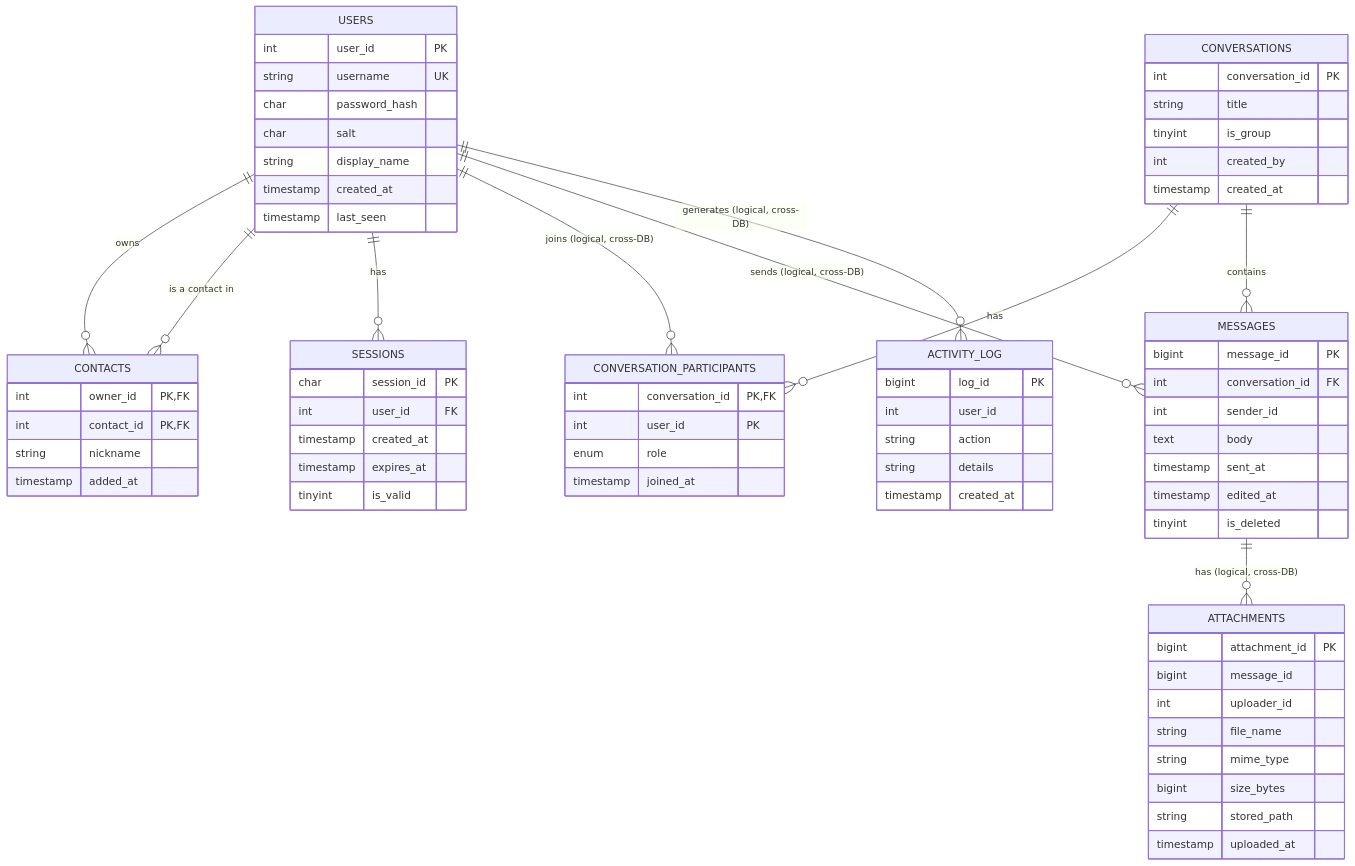
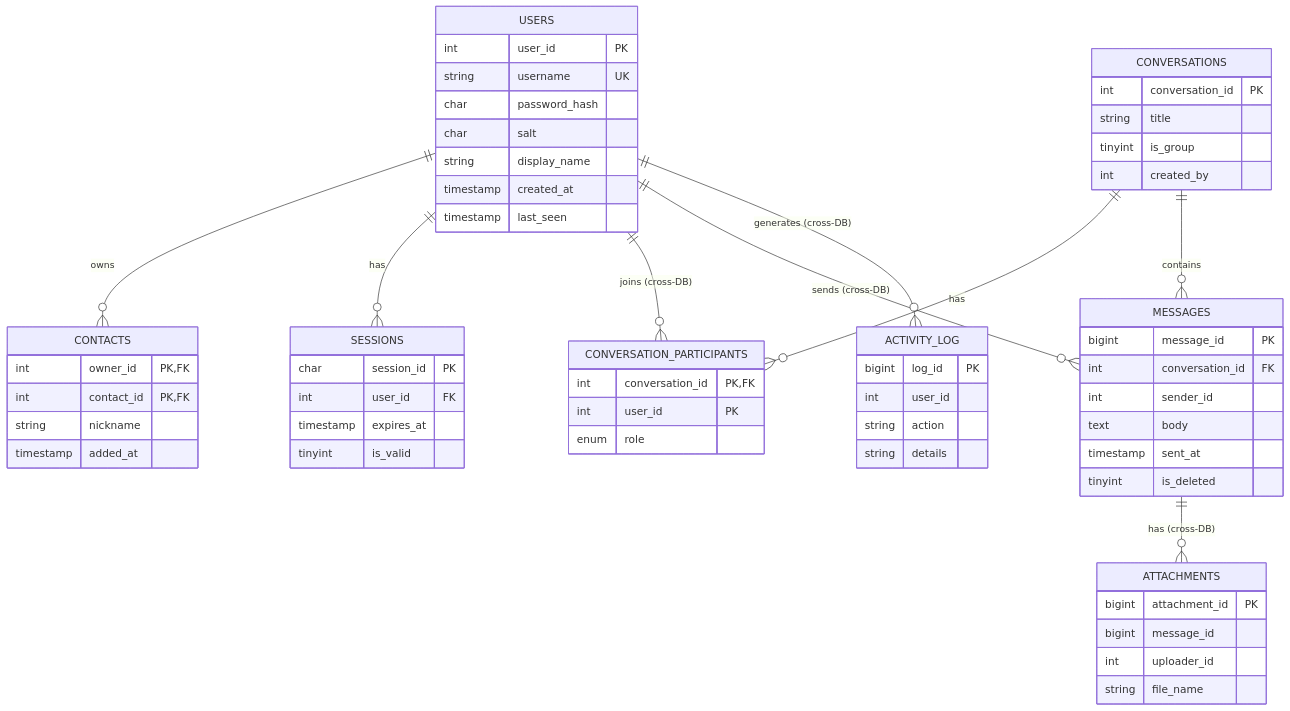
Before and after one commit to w0wzahh/PTEText: the diagram in docs/03-database-schema.md, drawn with Mermaid. The commit also changed other lines of this file and 7 other files, not shown here.

````diff
--- a/docs/03-database-schema.md
+++ b/docs/03-database-schema.md
@@ -7,74 +14,64 @@
 ```mermaid
 erDiagram
     USERS ||--o{ CONTACTS : owns
-    USERS ||--o{ CONTACTS : "is a contact in"
     USERS ||--o{ SESSIONS : has
     CONVERSATIONS ||--o{ CONVERSATION_PARTICIPANTS : has
     CONVERSATIONS ||--o{ MESSAGES : contains
-    USERS ||--o{ CONVERSATION_PARTICIPANTS : "joins (logical, cross-DB)"
-    USERS ||--o{ MESSAGES : "sends (logical, cross-DB)"
-    MESSAGES ||--o{ ATTACHMENTS : "has (logical, cross-DB)"
-    USERS ||--o{ ACTIVITY_LOG : "generates (logical, cross-DB)"
+    USERS ||--o{ CONVERSATION_PARTICIPANTS : "joins (cross-DB)"
+    USERS ||--o{ MESSAGES : "sends (cross-DB)"
+    MESSAGES ||--o{ ATTACHMENTS : "has (cross-DB)"
+    USERS ||--o{ ACTIVITY_LOG : "generates (cross-DB)"
 
     USERS {
         int user_id PK
         string username UK
         char password_hash
         char salt
         string display_name
         timestamp created_at
         timestamp last_seen
     }
     CONTACTS {
         int owner_id PK,FK
         int contact_id PK,FK
         string nickname
         timestamp added_at
     }
     SESSIONS {
         char session_id PK
         int user_id FK
-        timestamp created_at
         timestamp expires_at
         tinyint is_valid
     }
     CONVERSATIONS {
         int conversation_id PK
         string title
         tinyint is_group
         int created_by
-        timestamp created_at
     }
     CONVERSATION_PARTICIPANTS {
         int conversation_id PK,FK
         int user_id PK
         enum role
-        timestamp joined_at
     }
     MESSAGES {
         bigint message_id PK
         int conversation_id FK
         int sender_id
         text body
         timestamp sent_at
-        timestamp edited_at
         tinyint is_deleted
     }
     ACTIVITY_LOG {
         bigint log_id PK
         int user_id
         string action
         string details
-        timestamp created_at
     }
     ATTACHMENTS {
         bigint attachment_id PK
         bigint message_id
         int uploader_id
         string file_name
-        string mime_type
-        bigint size_bytes
-        string stored_path
-        timestamp uploaded_at
     }
 ```
````
